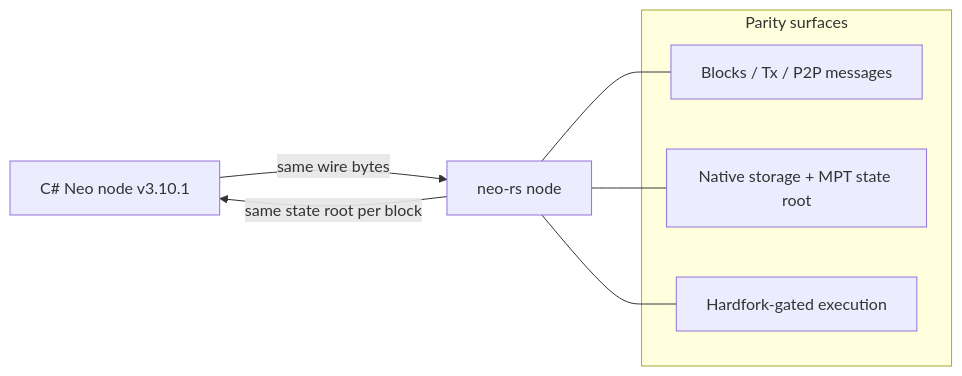
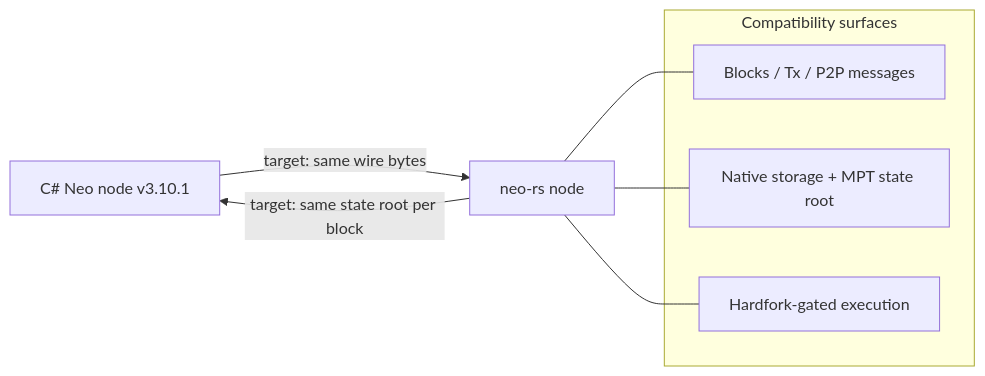
One commit to r3e-network/neo-rs changed the first of 3 diagrams in docs/protocol-compatibility.md. Above: the diagram before and after it, drawn with Mermaid. The commit also changed other lines of this file and 6 other files, not shown here.

````diff
--- a/docs/protocol-compatibility.md
+++ b/docs/protocol-compatibility.md
@@ -13,13 +24,13 @@
 ```mermaid
 flowchart LR
-    A[C# Neo node v3.10.1] -- same wire bytes --> N[neo-rs node]
-    N -- same state root per block --> A
-    subgraph "Parity surfaces"
+    A[C# Neo node v3.10.1] -- "target: same wire bytes" --> N[neo-rs node]
+    N -- "target: same state root per block" --> A
+    subgraph "Compatibility surfaces"
       W[Blocks / Tx / P2P messages]
       S[Native storage + MPT state root]
       H[Hardfork-gated execution]
     end
     N --- W
     N --- S
     N --- H
 ```
````
